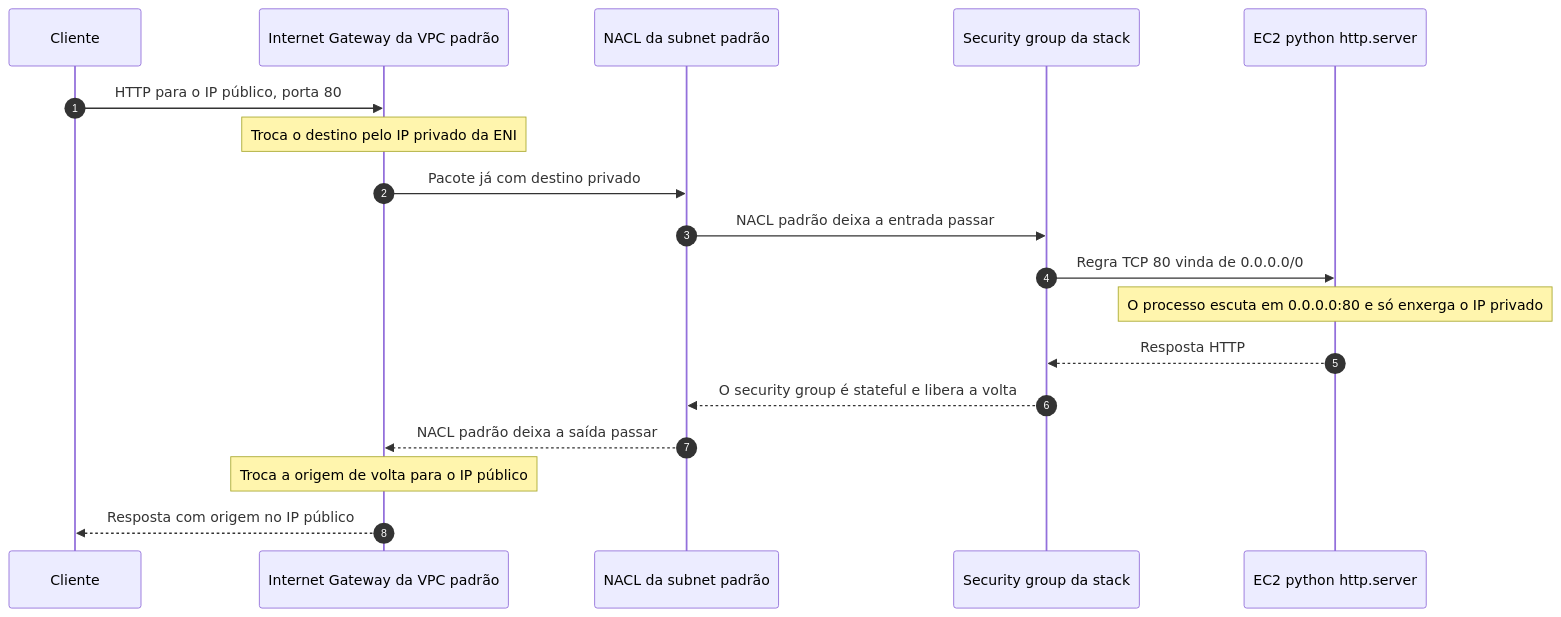
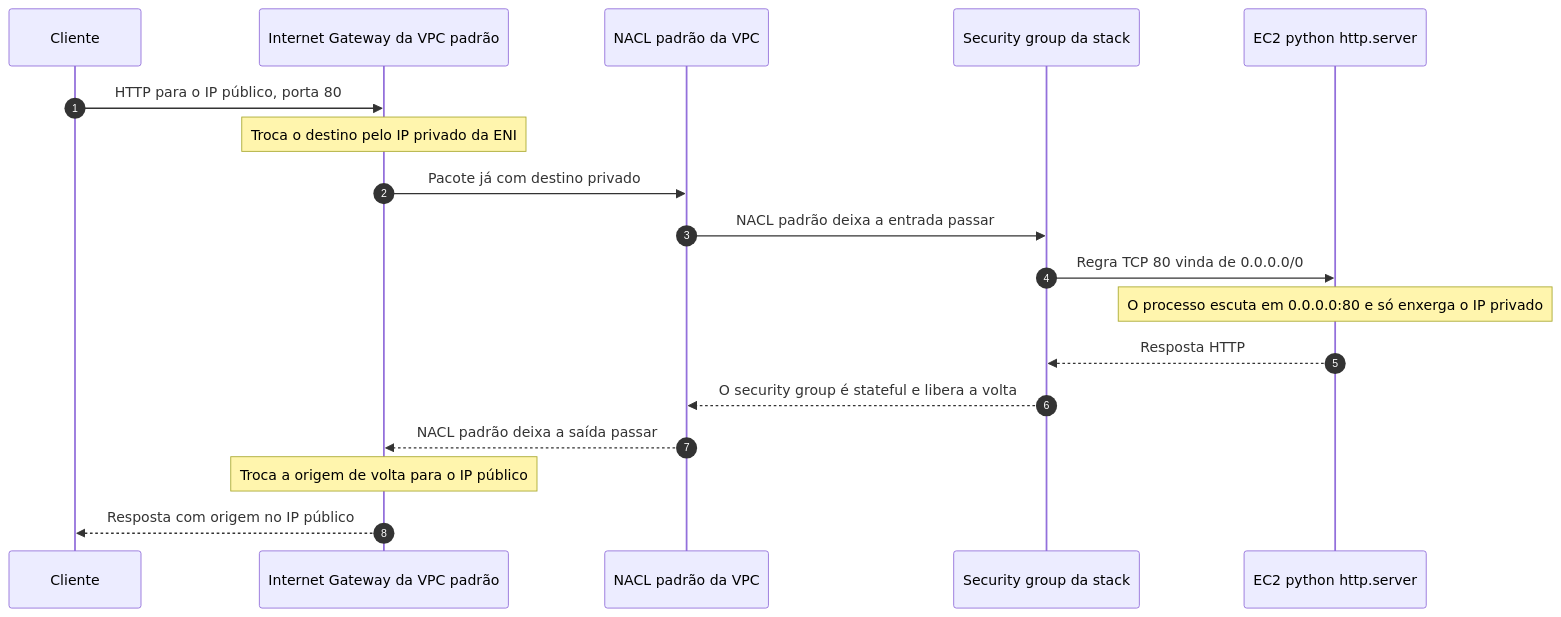
Before and after one commit to GabrielGCardoso/daws: the diagram in exercises/ec2-server-cfn/requisicao.md, drawn with Mermaid. The commit also changed other lines of this file and 1 other file, not shown here.

First line of the commit message:
Add VPC creation CloudFormation template and update EC2 request documentation

````diff
--- a/exercises/ec2-server-cfn/requisicao.md
+++ b/exercises/ec2-server-cfn/requisicao.md
@@ -5,21 +5,21 @@
 ```mermaid
 sequenceDiagram
     autonumber
     participant Cliente
     participant IGW as Internet Gateway da VPC padrão
-    participant NACL as NACL da subnet padrão
+    participant NACL as NACL padrão da VPC
     participant SG as Security group da stack
     participant EC2 as EC2 python http.server
 
     Cliente->>IGW: HTTP para o IP público, porta 80
     Note over IGW: Troca o destino pelo IP privado da ENI
     IGW->>NACL: Pacote já com destino privado
     NACL->>SG: NACL padrão deixa a entrada passar
     SG->>EC2: Regra TCP 80 vinda de 0.0.0.0/0
     Note over EC2: O processo escuta em 0.0.0.0:80 e só enxerga o IP privado
     EC2-->>SG: Resposta HTTP
     SG-->>NACL: O security group é stateful e libera a volta
     NACL-->>IGW: NACL padrão deixa a saída passar
     Note over IGW: Troca a origem de volta para o IP público
     IGW-->>Cliente: Resposta com origem no IP público
 ```
````
